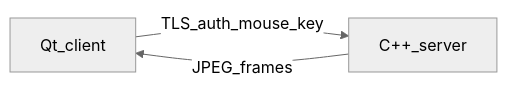
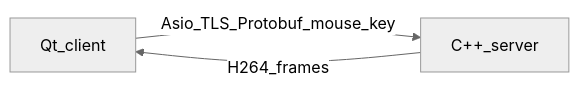
One commit to ArmaghanAsghar/TeamViewer changed the diagram in docs/DEMO.md. Above: the diagram before and after it, drawn with Mermaid (neutral theme). The commit also changed other lines of this file and 50 other files, not shown here.

````diff
--- a/docs/DEMO.md
+++ b/docs/DEMO.md
@@ -3,5 +3,5 @@
 ```mermaid
 flowchart LR
-  Viewer[Qt_client] -->|"TLS_auth_mouse_key"| Host[C++_server]
-  Host -->|"JPEG_frames"| Viewer
+  Viewer[Qt_client] -->|"Asio_TLS_Protobuf_mouse_key"| Host[C++_server]
+  Host -->|"H264_frames"| Viewer
 ```
````
